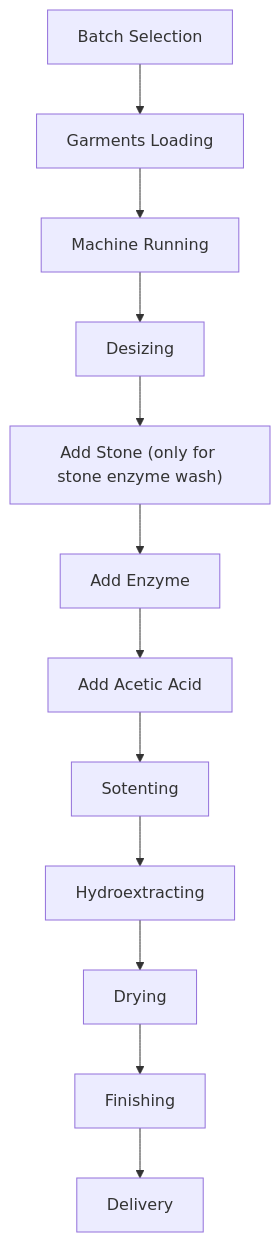
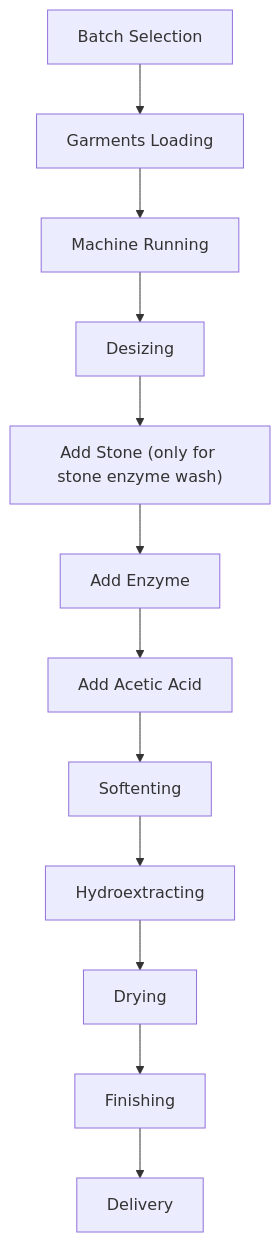
One commit to anik-amd/butex-notes changed the third of 5 diagrams in texnx/src/content/docs/L3-T1/Apparel-Manufacturing-II/Part-A/01-garments-washing.md. Above: the diagram before and after it, drawn with Mermaid. The commit also changed other lines of this file, not shown here.

````diff
--- a/texnx/src/content/docs/L3-T1/Apparel-Manufacturing-II/Part-A/01-garments-washing.md
+++ b/texnx/src/content/docs/L3-T1/Apparel-Manufacturing-II/Part-A/01-garments-washing.md
@@ -180,16 +180,16 @@
 ```mermaid
     flowchart TD
       id1[Batch Selection]
       --> id2[Garments Loading]
       --> id3[Machine Running]
       --> id4[Desizing]
       --> id5["Add Stone (only for stone enzyme wash)"]
       --> id6[Add Enzyme]
       --> id7[Add Acetic Acid]
-      --> id8[Sotenting]
+      --> id8[Softenting]
       --> id9[Hydroextracting]
       --> id10[Drying]
       --> id11[Finishing]
       --> id12[Delivery]
 
 ```
````
